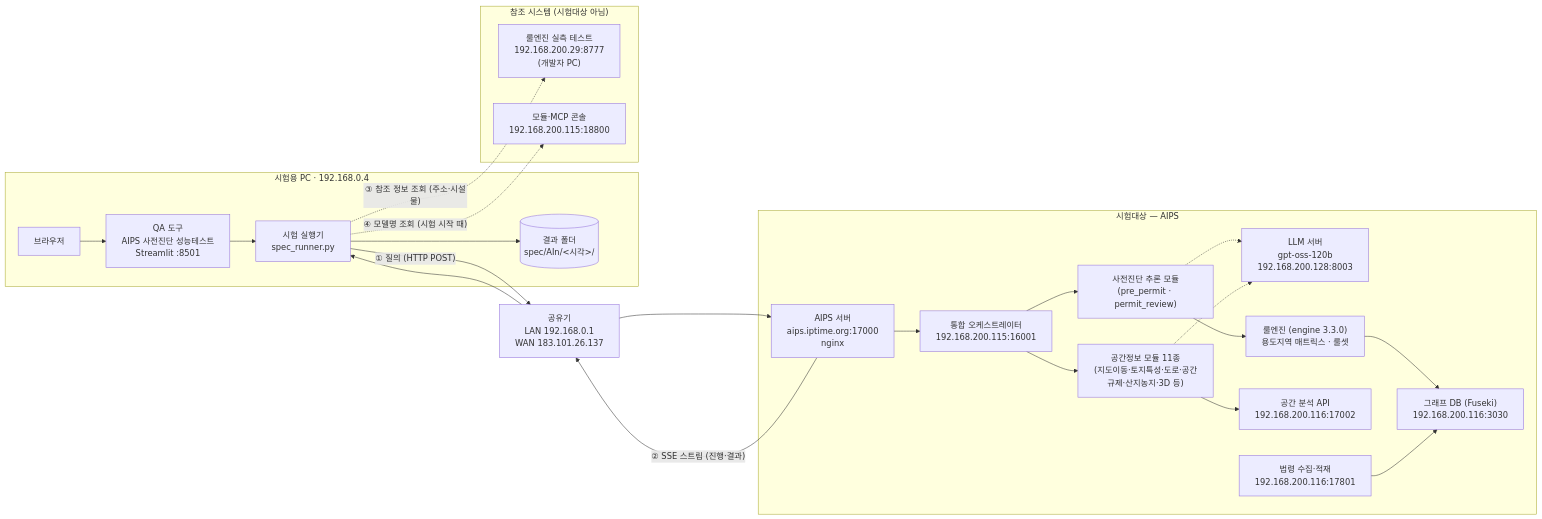
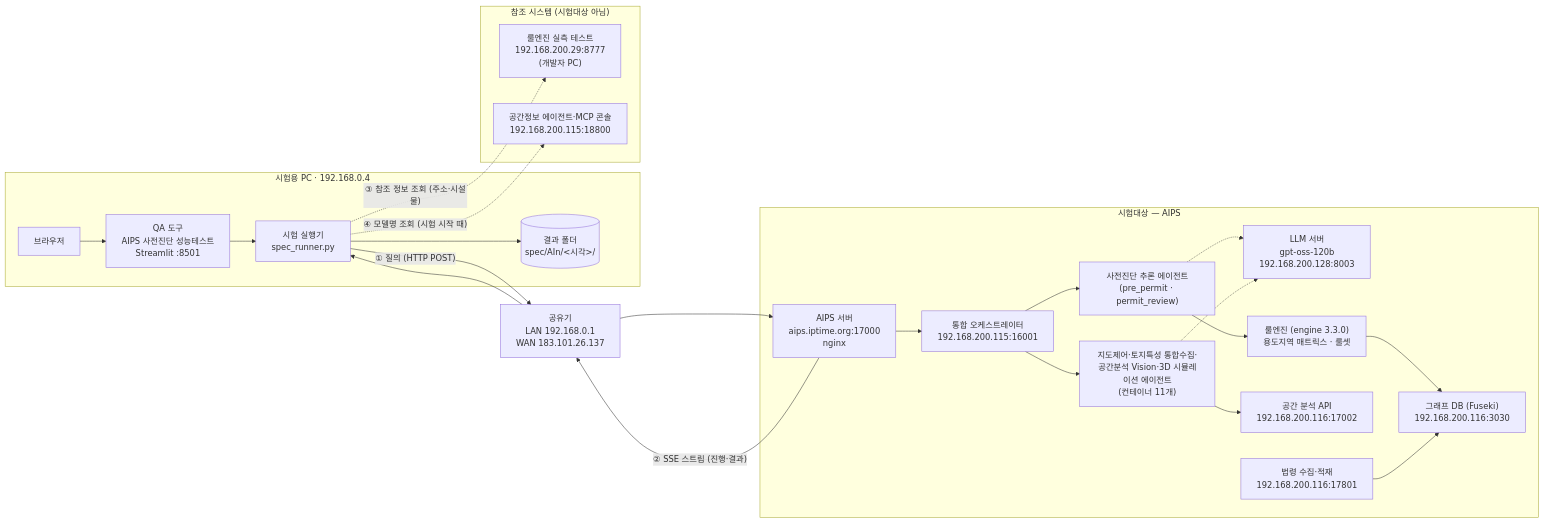
One commit to eunkyeoung/nipa_ai_eval changed the first of 2 diagrams in 시스템_아키텍처.md. Above: the diagram before and after it, drawn with Mermaid. The commit also changed other lines of this file and 5 other files, not shown here.

````diff
--- a/시스템_아키텍처.md
+++ b/시스템_아키텍처.md
@@ -15,41 +15,41 @@
 ```mermaid
 flowchart LR
     subgraph PC["시험용 PC · 192.168.0.4"]
         BR["브라우저"] --> APP["QA 도구<br/>AIPS 사전진단 성능테스트<br/>Streamlit :8501"]
         APP --> RUN["시험 실행기<br/>spec_runner.py"]
         RUN --> FS[("결과 폴더<br/>spec/AIn/&lt;시각&gt;/")]
     end
 
     RT["공유기<br/>LAN 192.168.0.1<br/>WAN 183.101.26.137"]
 
     subgraph SUT["시험대상 — AIPS"]
         WEB["AIPS 서버<br/>aips.iptime.org:17000<br/>nginx"]
         ORC["통합 오케스트레이터<br/>192.168.200.115:16001"]
-        PP["사전진단 추론 모듈<br/>(pre_permit · permit_review)"]
-        SPA["공간정보 모듈 11종<br/>(지도이동·토지특성·도로·공간규제·산지농지·3D 등)"]
+        PP["사전진단 추론 에이전트<br/>(pre_permit · permit_review)"]
+        SPA["지도제어·토지특성 통합수집·공간분석 Vision·3D 시뮬레이션 에이전트<br/>(컨테이너 11개)"]
         LLM["LLM 서버<br/>gpt-oss-120b<br/>192.168.200.128:8003"]
         ENG["룰엔진 (engine 3.3.0)<br/>용도지역 매트릭스 · 룰셋"]
         GEO["공간 분석 API<br/>192.168.200.116:17002"]
         LAW["법령 수집·적재<br/>192.168.200.116:17801"]
         FUS["그래프 DB (Fuseki)<br/>192.168.200.116:3030"]
         WEB --> ORC
         ORC --> PP
         ORC --> SPA
         PP --> ENG
         SPA --> GEO
         PP -.-> LLM
         SPA -.-> LLM
         ENG --> FUS
         LAW --> FUS
     end
 
     subgraph REF["참조 시스템 (시험대상 아님)"]
         R8777["룰엔진 실측 테스트<br/>192.168.200.29:8777<br/>(개발자 PC)"]
-        CON["모듈·MCP 콘솔<br/>192.168.200.115:18800"]
+        CON["공간정보 에이전트·MCP 콘솔<br/>192.168.200.115:18800"]
     end
 
     RUN -- "① 질의 (HTTP POST)" --> RT --> WEB
     WEB -- "② SSE 스트림 (진행·결과)" --> RT --> RUN
     RUN -. "③ 참조 정보 조회 (주소·시설물)" .-> R8777
     RUN -. "④ 모델명 조회 (시험 시작 때)" .-> CON
 ```
````
